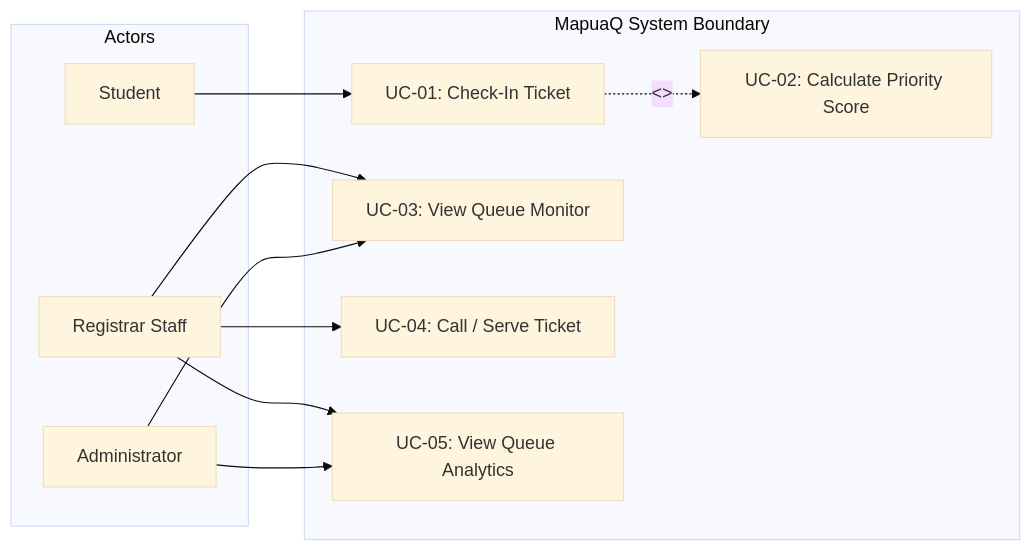
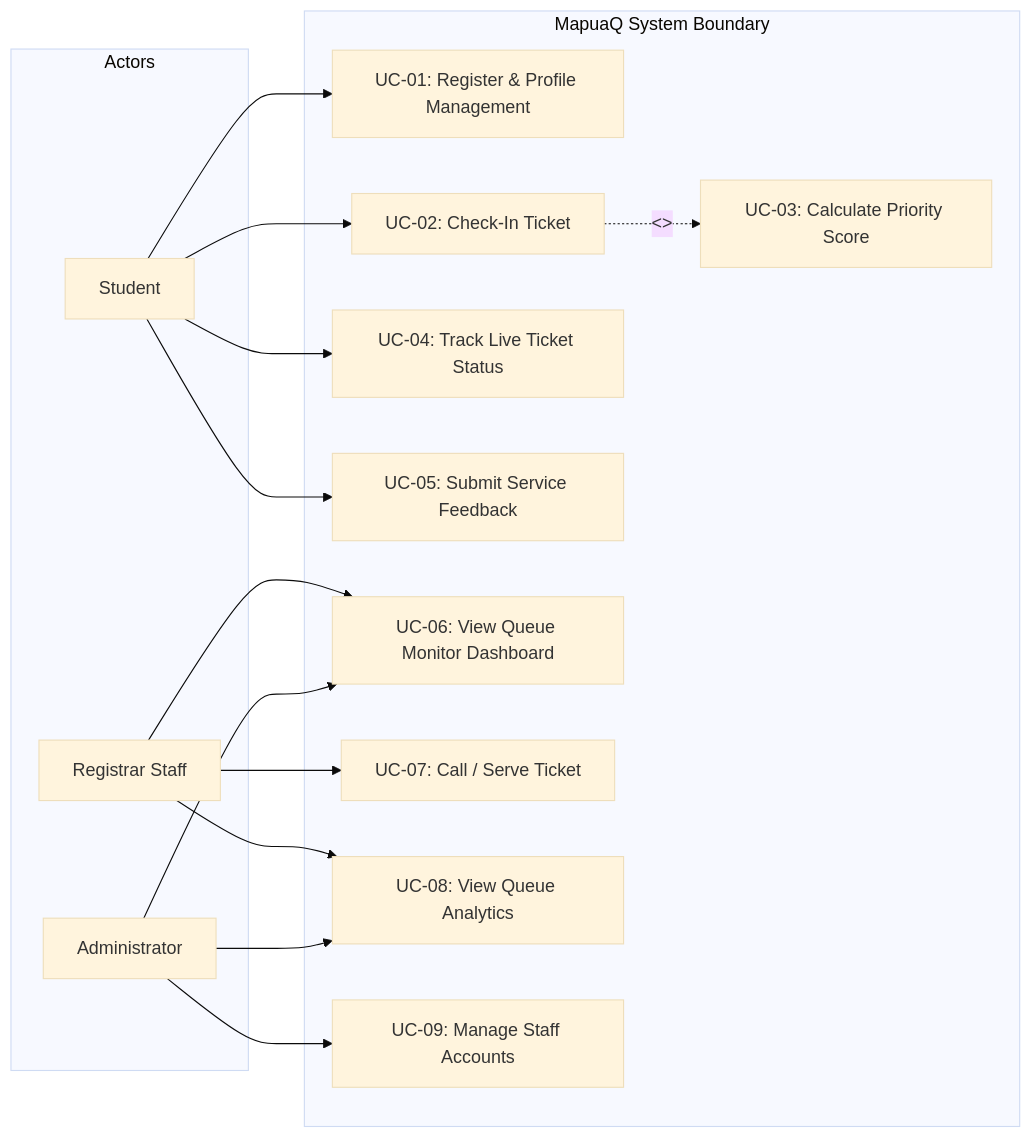
One commit to justinovate/cpe106l-4_finalproject changed the second of 5 diagrams in PROPOSAL.md. Above: the diagram before and after it, drawn with Mermaid (base theme). The commit also changed other lines of this file and 3 other files, not shown here.

````diff
--- a/PROPOSAL.md
+++ b/PROPOSAL.md
@@ -168,24 +175,32 @@
 ```mermaid
 graph LR
     subgraph Actors
         S["Student"]
         RS["Registrar Staff"]
         A["Administrator"]
     end
 
     subgraph MapuaQ System Boundary
-        UC1["UC-01: Check-In Ticket"]
-        UC2["UC-02: Calculate Priority Score"]
-        UC3["UC-03: View Queue Monitor"]
-        UC4["UC-04: Call / Serve Ticket"]
-        UC5["UC-05: View Queue Analytics"]
+        UC1["UC-01: Register & Profile Management"]
+        UC2["UC-02: Check-In Ticket"]
+        UC3["UC-03: Calculate Priority Score"]
+        UC4["UC-04: Track Live Ticket Status"]
+        UC5["UC-05: Submit Service Feedback"]
+        UC6["UC-06: View Queue Monitor Dashboard"]
+        UC7["UC-07: Call / Serve Ticket"]
+        UC8["UC-08: View Queue Analytics"]
+        UC9["UC-09: Manage Staff Accounts"]
     end
 
     S --> UC1
-    UC1 -. "<<include>>" .-> UC2
-    RS --> UC3
-    RS --> UC4
-    RS --> UC5
-    A --> UC3
-    A --> UC5
+    S --> UC2
+    UC2 -. "<<include>>" .-> UC3
+    S --> UC4
+    S --> UC5
+    RS --> UC6
+    RS --> UC7
+    RS --> UC8
+    A --> UC6
+    A --> UC8
+    A --> UC9
 ```
````
